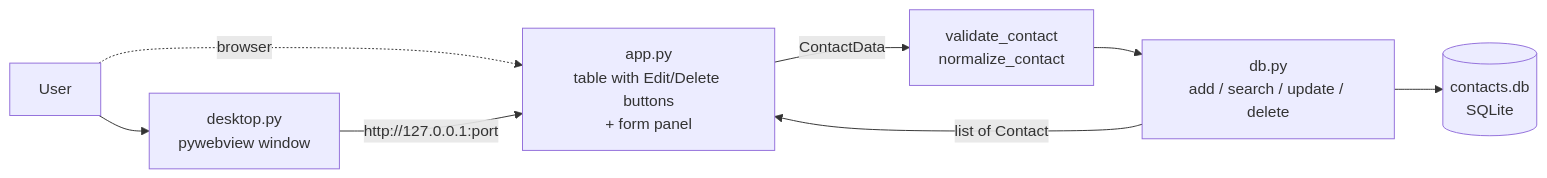
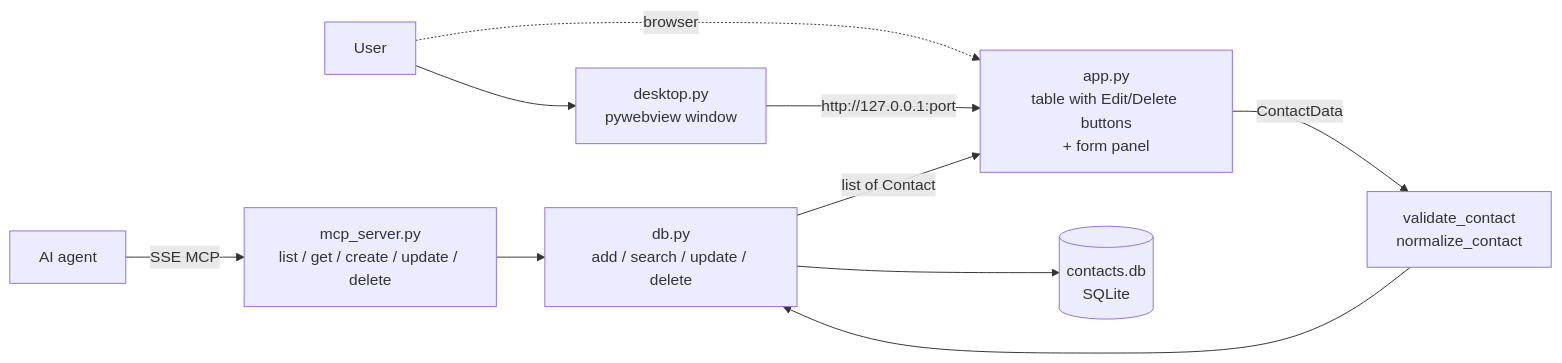
The diagram in README.md (farukcan/addressbook_streamlit), drawn with Mermaid before and after one commit. The commit also changed other lines of this file and 10 other files, not shown here.

First line of the commit message:
feat: serve the address book to AI agents over an SSE MCP server

````diff
--- a/README.md
+++ b/README.md
@@ -24,10 +26,12 @@
 ```mermaid
 flowchart LR
+    A[AI agent] -->|SSE MCP| M[mcp_server.py<br/>list / get / create / update / delete]
+    M --> DB
     U[User] --> W[desktop.py<br/>pywebview window]
     U -.->|browser| UI
     W -->|http://127.0.0.1:port| UI[app.py<br/>table with Edit/Delete buttons<br/>+ form panel]
     UI -->|ContactData| V[validate_contact<br/>normalize_contact]
     V --> DB[db.py<br/>add / search / update / delete]
     DB --> S[(contacts.db<br/>SQLite)]
     DB -->|list of Contact| UI
 ```
````
